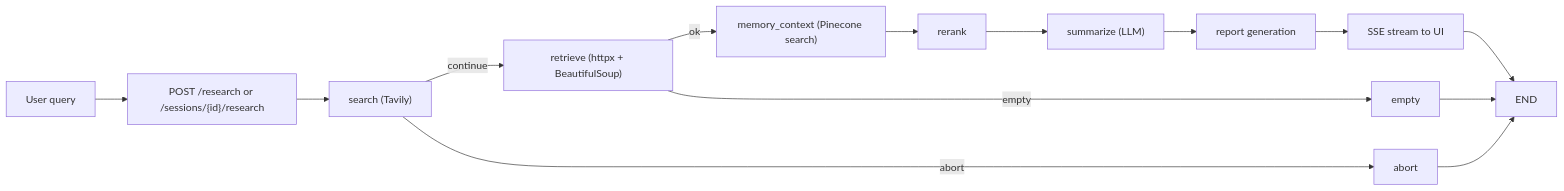
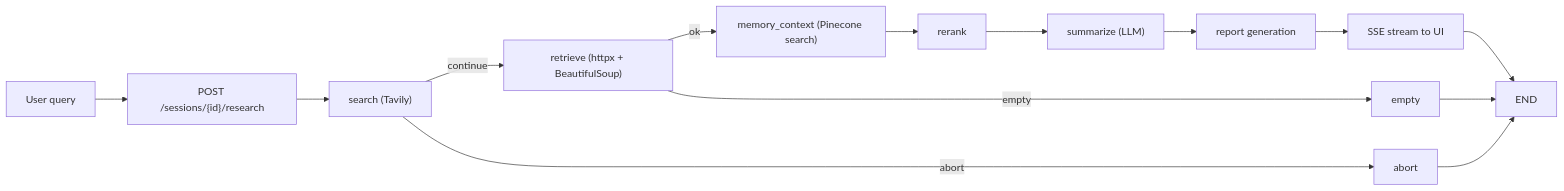
Before and after one commit to KostasCherv/cortex: the first of 3 diagrams in README.md, drawn with Mermaid. The commit also changed other lines of this file and 26 other files, not shown here.

````diff
--- a/README.md
+++ b/README.md
@@ -37,16 +37,16 @@
 ```mermaid
 flowchart LR
-    userQuery["User query"] --> apiResearch["POST /research or /sessions/{id}/research"]
+    userQuery["User query"] --> apiResearch["POST /sessions/{id}/research"]
     apiResearch --> search["search (Tavily)"]
     search -->|"continue"| retrieve["retrieve (httpx + BeautifulSoup)"]
     search -->|"abort"| abortNode["abort"]
     retrieve -->|"ok"| memoryContext["memory_context (Pinecone search)"]
     retrieve -->|"empty"| emptyNode["empty"]
     memoryContext --> rerank["rerank"]
     rerank --> summarize["summarize (LLM)"]
     summarize --> report["report generation"]
     report --> stream["SSE stream to UI"]
     stream --> endNode["END"]
     abortNode --> endNode
     emptyNode --> endNode
 ```
````
